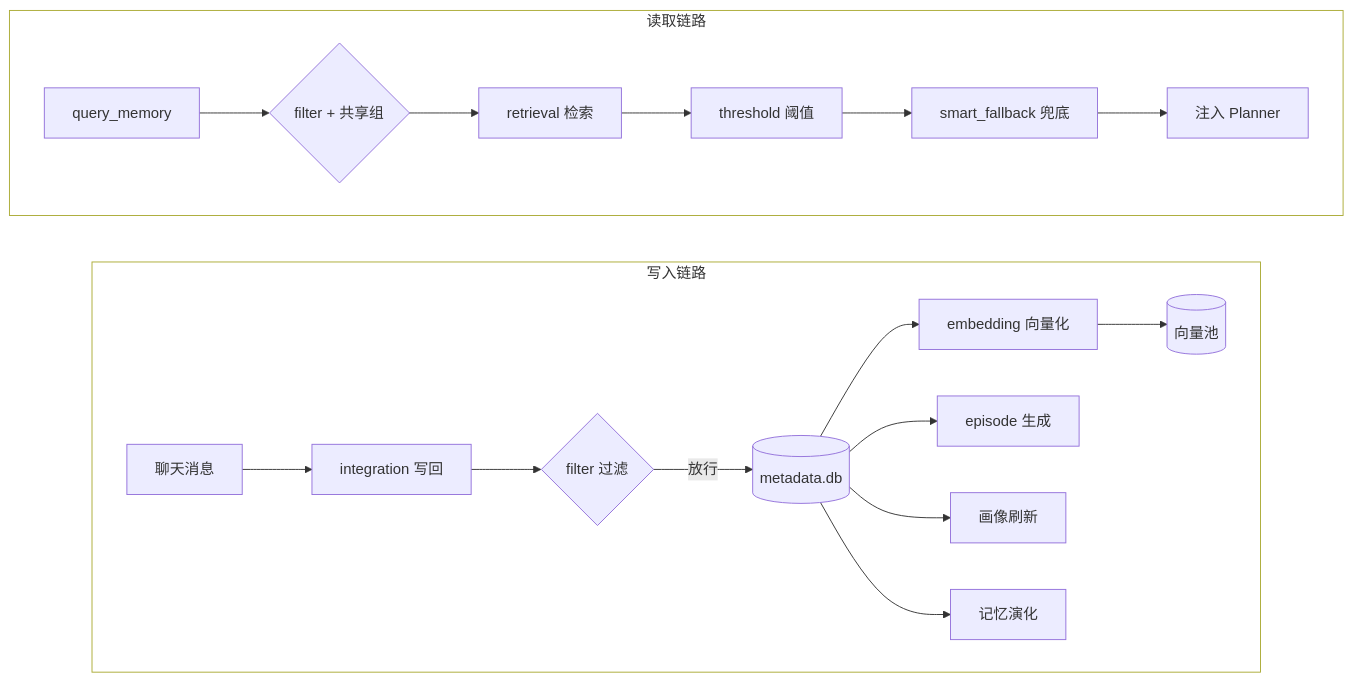
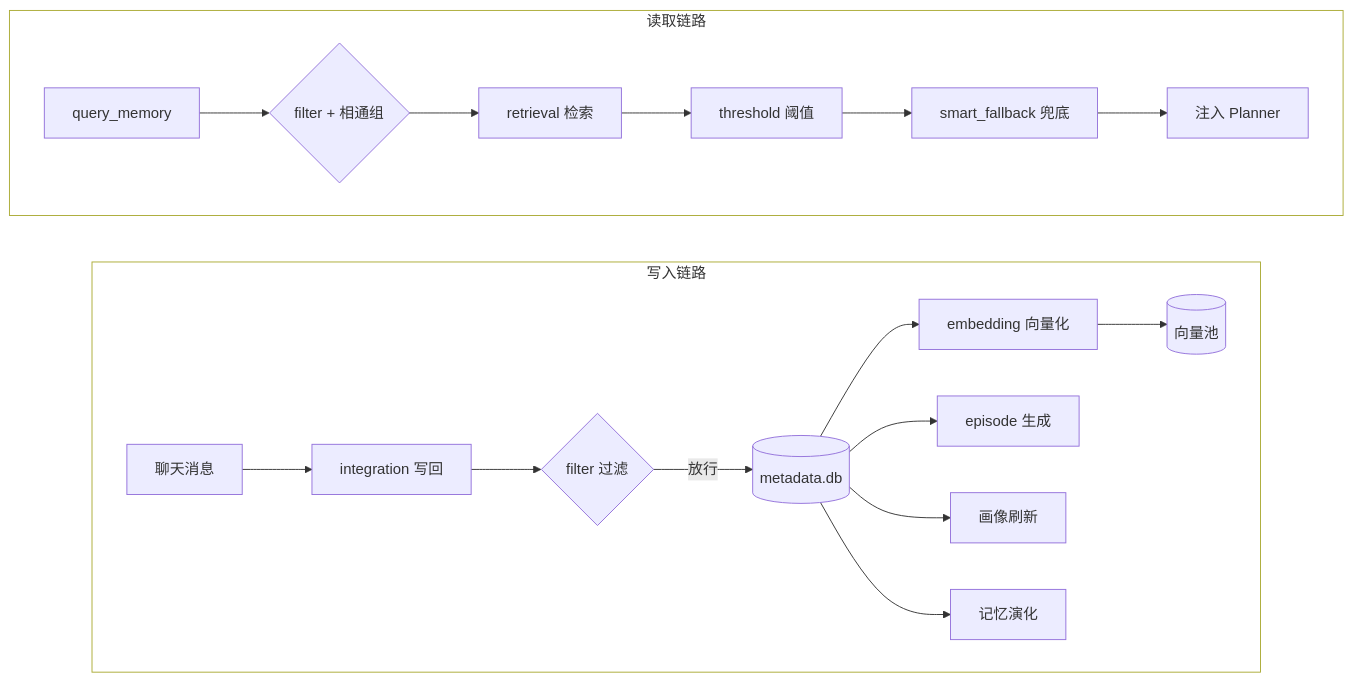
One commit to Mai-with-u/docs changed the diagram in zh/manual/configuration/amemorix-config.md. Above: the diagram before and after it, drawn with Mermaid. The commit also changed other lines of this file and 59 other files, not shown here.

````diff
--- a/zh/manual/configuration/amemorix-config.md
+++ b/zh/manual/configuration/amemorix-config.md
@@ -27,16 +27,16 @@
 ```mermaid
 %%{init: {"themeVariables": {"clusterBkg": "transparent"}}}%%
 flowchart LR
     subgraph 写入["写入链路"]
         direction LR
         A[聊天消息] --> B[integration 写回] --> C{filter 过滤} -->|放行| D[(metadata.db)]
         D --> E[embedding 向量化] --> F[(向量池)]
         D --> G[episode 生成]
         D --> H[画像刷新]
         D --> I[记忆演化]
     end
     subgraph 读取["读取链路"]
         direction LR
-        J[query_memory] --> K{filter + 共享组} --> L[retrieval 检索] --> M[threshold 阈值] --> N[smart_fallback 兜底] --> O[注入 Planner]
+        J[query_memory] --> K{filter + 相通组} --> L[retrieval 检索] --> M[threshold 阈值] --> N[smart_fallback 兜底] --> O[注入 Planner]
     end
 ```
````
